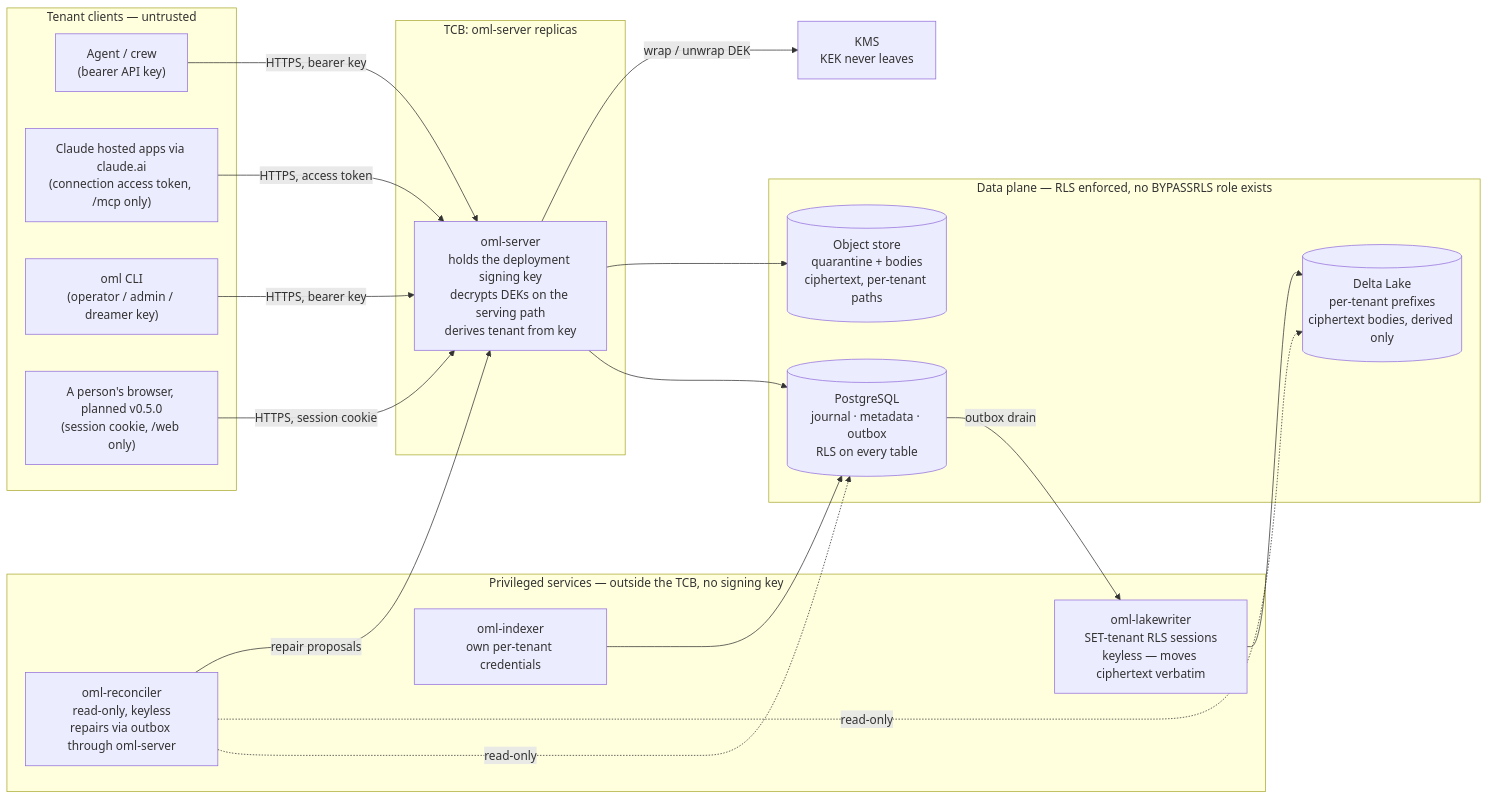
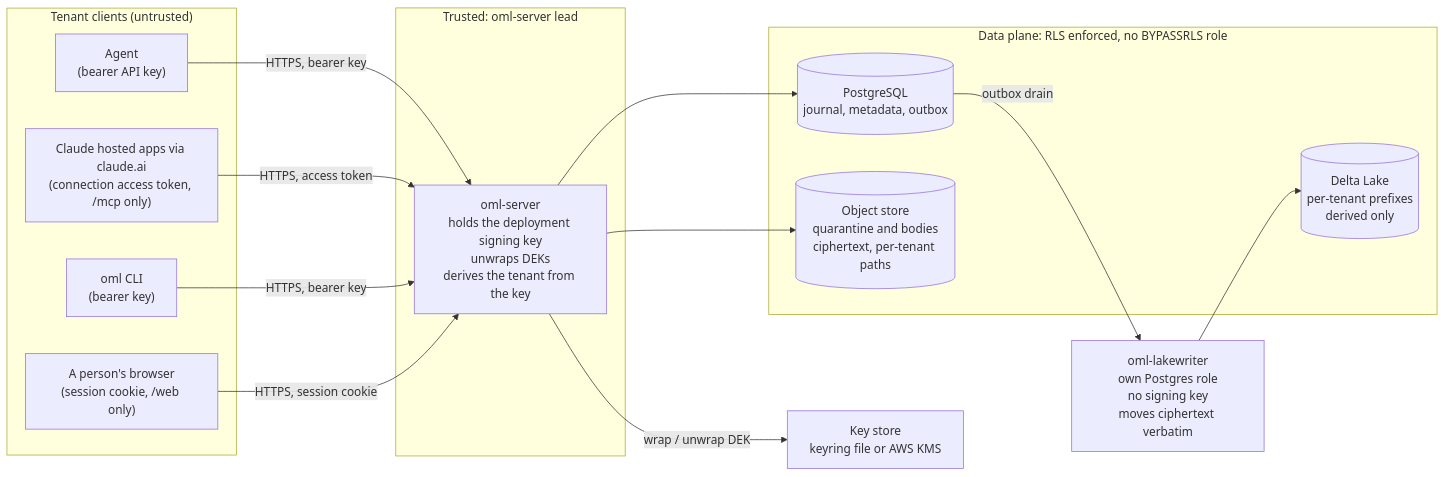
The diagram in docs/architecture/security.md (e8kor/open-memory-lab), drawn with Mermaid before and after one commit. The commit also changed other lines of this file and 67 other files, not shown here.

````diff
--- a/docs/architecture/security.md
+++ b/docs/architecture/security.md
@@ -450,41 +127,32 @@
 ```mermaid
 flowchart LR
-  subgraph clients["Tenant clients — untrusted"]
-    A["Agent / crew<br/>(bearer API key)"]
+  subgraph clients["Tenant clients (untrusted)"]
+    A["Agent<br/>(bearer API key)"]
     H["Claude hosted apps via claude.ai<br/>(connection access token, /mcp only)"]
-    CLI["oml CLI<br/>(operator / admin / dreamer key)"]
-    W["A person's browser, planned v0.5.0<br/>(session cookie, /web only)"]
+    CLI["oml CLI<br/>(bearer key)"]
+    W["A person's browser<br/>(session cookie, /web only)"]
   end
 
-  subgraph tcb["TCB: oml-server replicas"]
-    S["oml-server<br/>holds the deployment signing key<br/>decrypts DEKs on the serving path<br/>derives tenant from key"]
+  subgraph tcb["Trusted: oml-server lead"]
+    S["oml-server<br/>holds the deployment signing key<br/>unwraps DEKs<br/>derives the tenant from the key"]
   end
 
-  subgraph data["Data plane — RLS enforced, no BYPASSRLS role exists"]
-    PG[("PostgreSQL<br/>journal · metadata · outbox<br/>RLS on every table")]
-    OS[("Object store<br/>quarantine + bodies<br/>ciphertext, per-tenant paths")]
-    DL[("Delta Lake<br/>per-tenant prefixes<br/>ciphertext bodies, derived only")]
+  subgraph data["Data plane: RLS enforced, no BYPASSRLS role"]
+    PG[("PostgreSQL<br/>journal, metadata, outbox")]
+    OS[("Object store<br/>quarantine and bodies<br/>ciphertext, per-tenant paths")]
+    DL[("Delta Lake<br/>per-tenant prefixes<br/>derived only")]
   end
 
-  subgraph priv["Privileged services — outside the TCB, no signing key"]
-    LW["oml-lakewriter<br/>SET-tenant RLS sessions<br/>keyless — moves ciphertext verbatim"]
-    RC["oml-reconciler<br/>read-only, keyless<br/>repairs via outbox through oml-server"]
-    IX["oml-indexer<br/>own per-tenant credentials"]
-  end
-
-  KMS["KMS<br/>KEK never leaves"]
+  LW["oml-lakewriter<br/>own Postgres role<br/>no signing key<br/>moves ciphertext verbatim"]
+  KMS["Key store<br/>keyring file or AWS KMS"]
 
   A -- "HTTPS, bearer key" --> S
   H -- "HTTPS, access token" --> S
   CLI -- "HTTPS, bearer key" --> S
   W -- "HTTPS, session cookie" --> S
   S --> PG
   S --> OS
   S -- "wrap / unwrap DEK" --> KMS
   PG -- "outbox drain" --> LW
   LW --> DL
-  RC -. "read-only" .-> PG
-  RC -. "read-only" .-> DL
-  RC -- "repair proposals" --> S
-  IX --> PG
 ```
````
